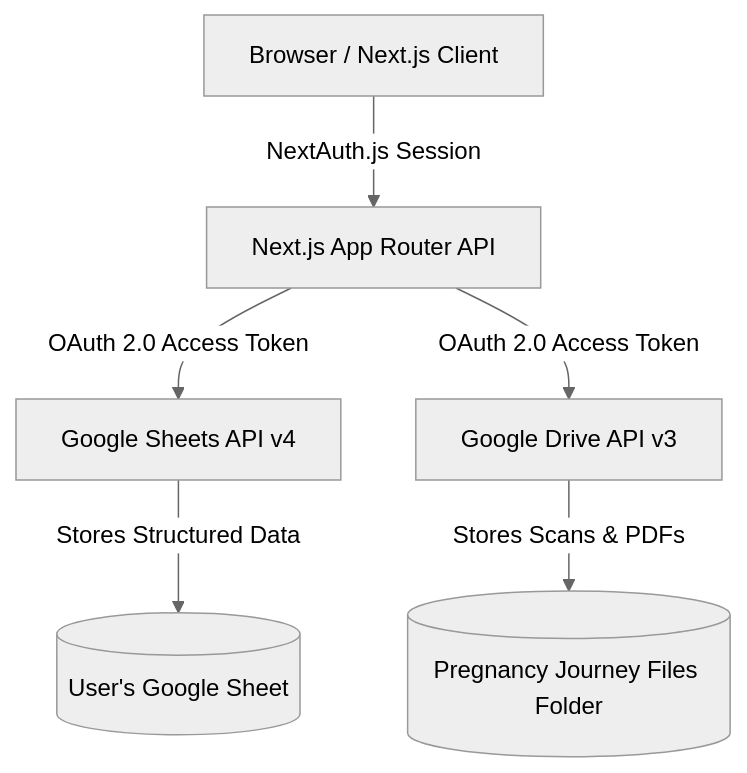
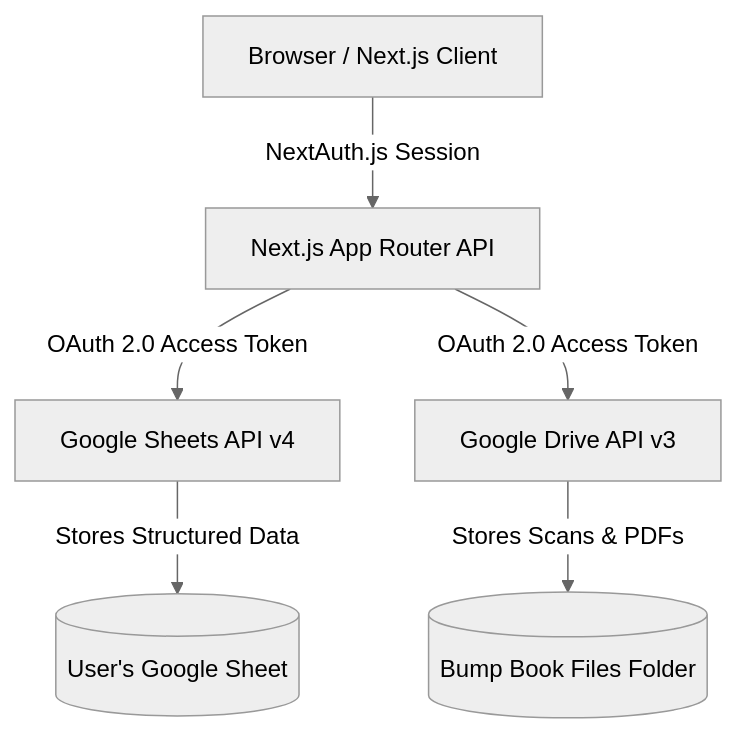
Before and after one commit to makadiyaparth/bump-book: the diagram in README.md, drawn with Mermaid (neutral theme). The commit also changed other lines of this file and 14 other files, not shown here.

Commit message:
refactor: rename application and update branding to Bump Book

````diff
--- a/README.md
+++ b/README.md
@@ -64,8 +64,8 @@
 ```mermaid
 graph TD
     A[Browser / Next.js Client] -->|NextAuth.js Session| B[Next.js App Router API]
     B -->|OAuth 2.0 Access Token| C[Google Sheets API v4]
     B -->|OAuth 2.0 Access Token| D[Google Drive API v3]
     C -->|Stores Structured Data| E[(User's Google Sheet)]
-    D -->|Stores Scans & PDFs| F[(Pregnancy Journey Files Folder)]
+    D -->|Stores Scans & PDFs| F[(Bump Book Files Folder)]
 ```
````
